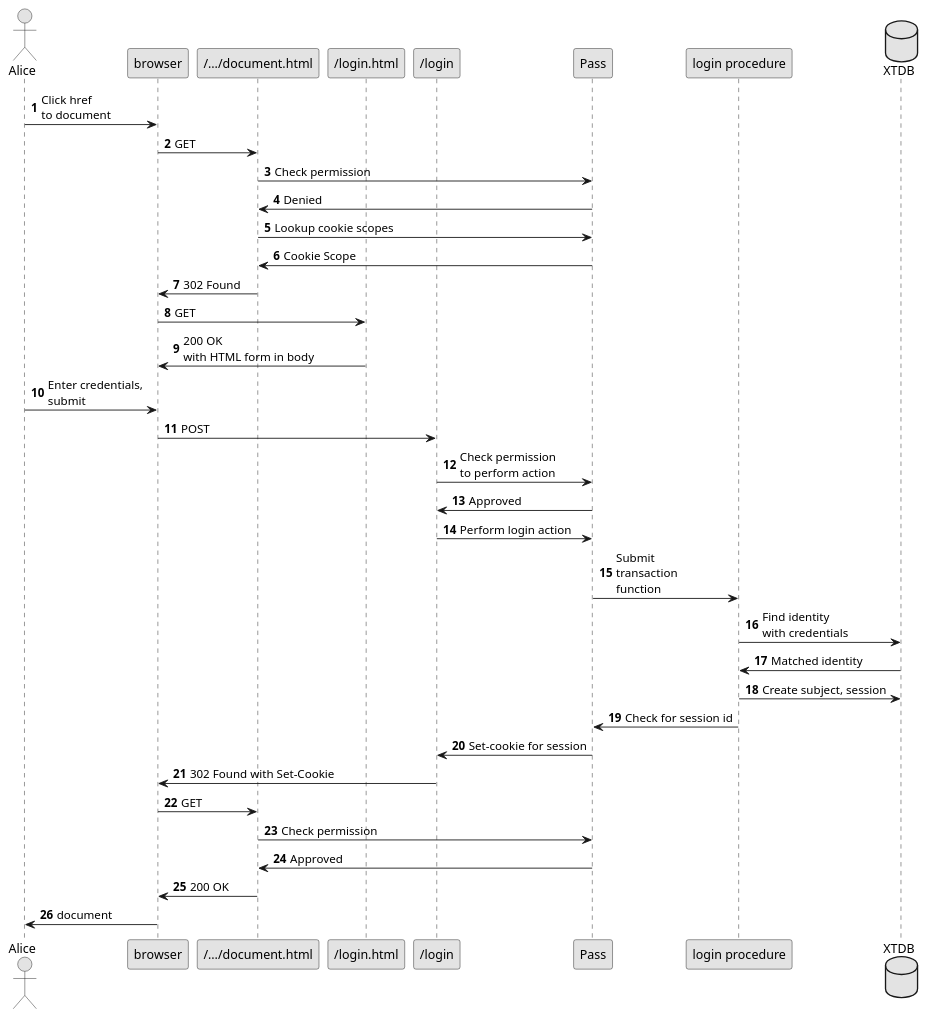
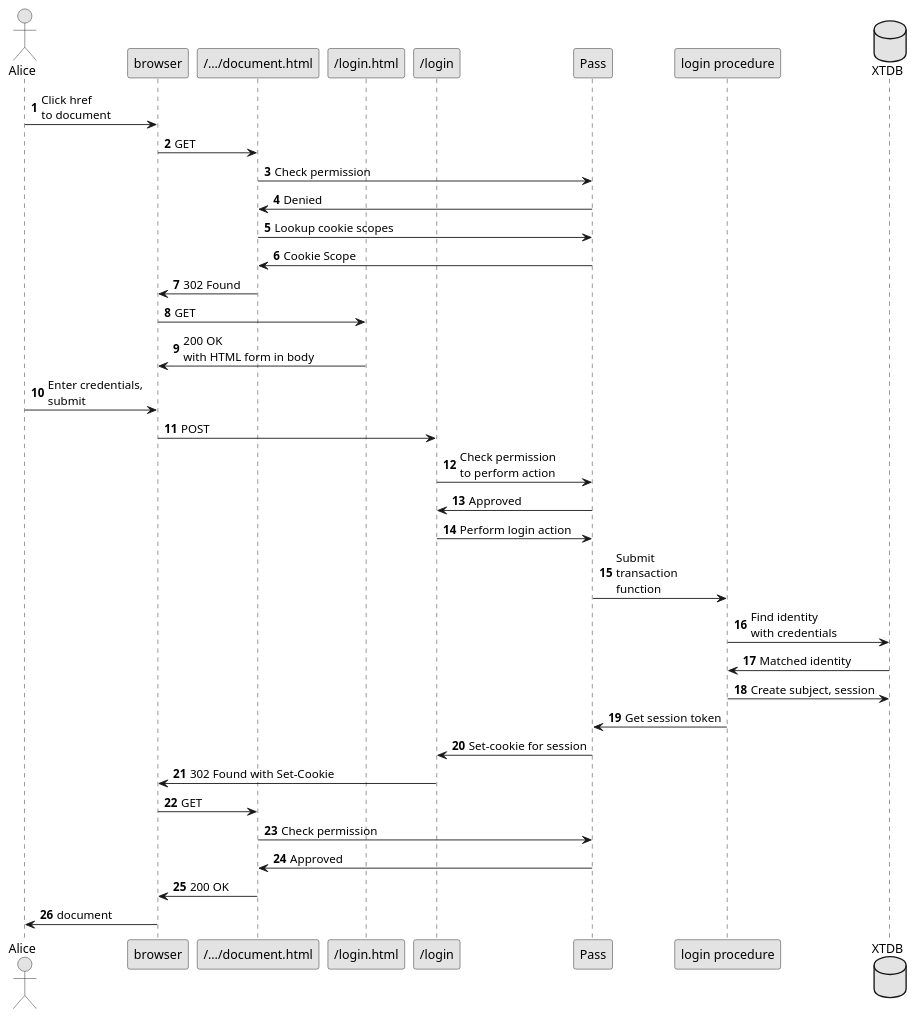
One commit to juxt/site changed the diagram in doc/next/FormBasedAuthentication.adoc. Above: the diagram before and after it, drawn with PlantUML. The commit also changed other lines of this file, not shown here.

```diff
--- a/doc/next/FormBasedAuthentication.adoc
+++ b/doc/next/FormBasedAuthentication.adoc
@@ -38,44 +38,44 @@
 [plantuml,cookie-scope-flow,svg]
 ....
 skinparam monochrome true
 autonumber
 
 actor Alice as user
 participant browser
 
 participant "/…/document.html" as document
 participant "/login.html" as loginform
 participant "/login" as loginhandler
 participant Pass as pass
 participant "login procedure" as loginproc
 database XTDB
 
 user -> browser: Click href\nto document
 browser -> document: GET
 document -> pass: Check permission
 document <- pass: Denied
 document -> pass: Lookup cookie scopes
 document <- pass: Cookie Scope
 browser <- document: 302 Found
 browser -> loginform: GET
 ' loginform -> pass: Create session
 ' pass -> XTDB: Create session entity
 browser <- loginform: 200 OK\nwith HTML form in body
 user -> browser: Enter credentials,\nsubmit
 browser -> loginhandler: POST
 loginhandler -> pass: Check permission\nto perform action
 loginhandler <- pass: Approved
 loginhandler -> pass: Perform login action
 pass -> loginproc: Submit\ntransaction\nfunction
 loginproc -> XTDB: Find identity\nwith credentials
 loginproc <- XTDB: Matched identity
 loginproc -> XTDB: Create subject, session
-pass <- loginproc: Check for session id
+pass <- loginproc: Get session token
 loginhandler <- pass: Set-cookie for session
 browser <- loginhandler: 302 Found with Set-Cookie
 browser -> document: GET
 document -> pass: Check permission
 document <- pass: Approved
 browser <- document: 200 OK
 user <- browser: document
 ....
```
